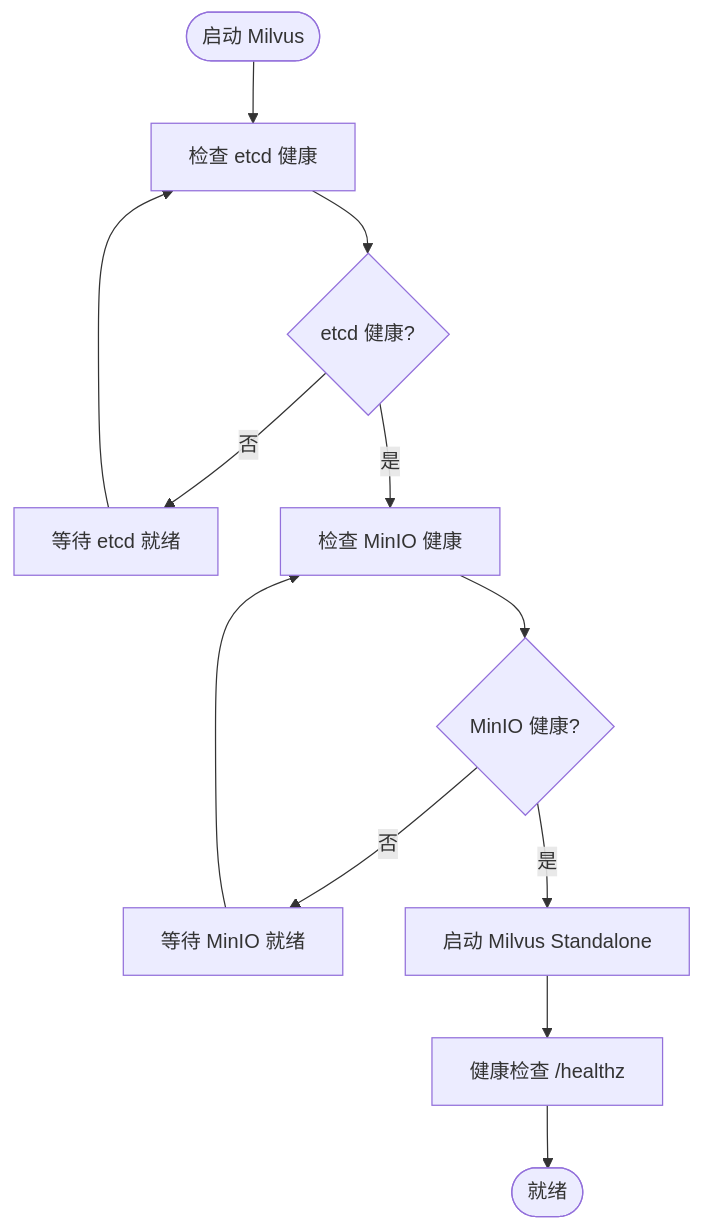
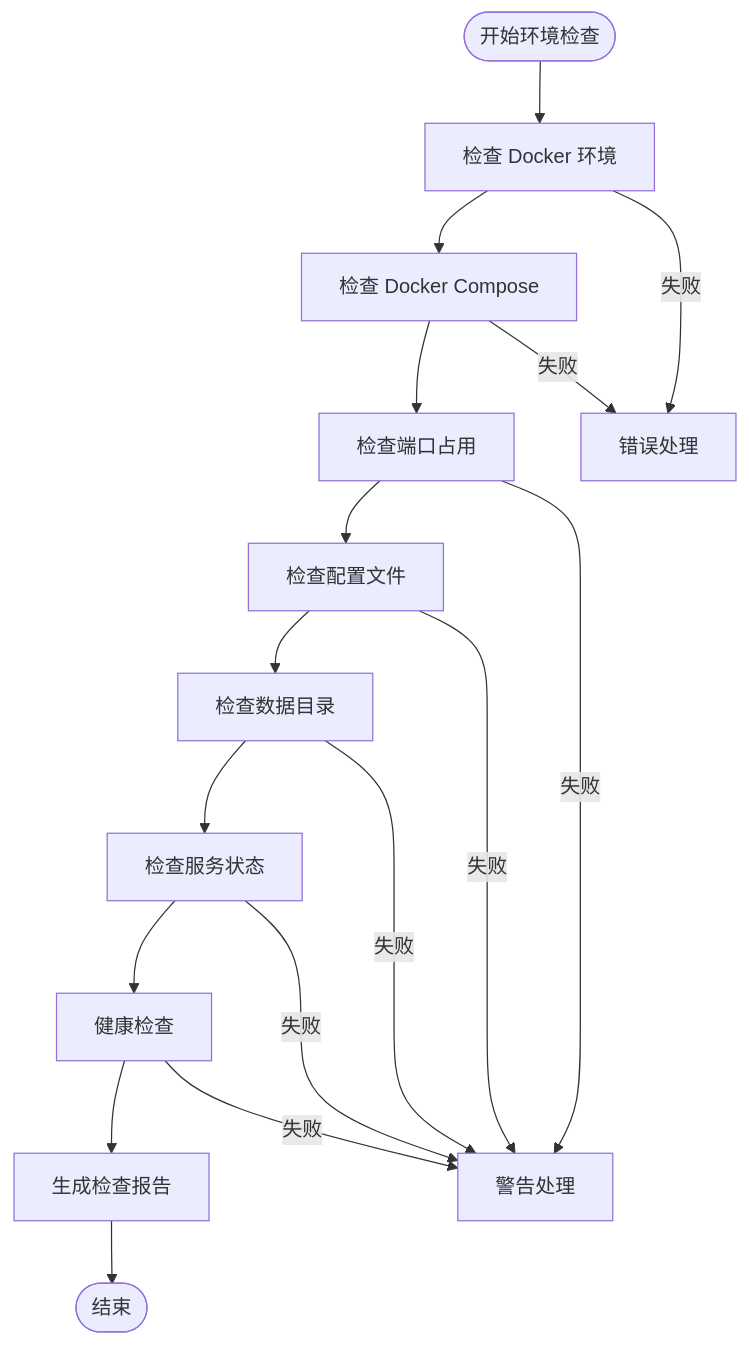
The third of 9 diagrams in .qoder/repowiki/zh/content/部署与运维/环境配置管理.md (lyyzzz6/AIops), drawn with Mermaid before and after one commit. The commit also changed other lines of this file and 371 other files, not shown here.

````diff
--- a/.qoder/repowiki/zh/content/部署与运维/环境配置管理.md
+++ b/.qoder/repowiki/zh/content/部署与运维/环境配置管理.md
@@ -127,14 +147,19 @@
 ```mermaid
 flowchart TD
-Start(["启动 Milvus"]) --> CheckEtcd["检查 etcd 健康"]
-CheckEtcd --> EtcdOK{"etcd 健康?"}
-EtcdOK --> |否| WaitEtcd["等待 etcd 就绪"]
-WaitEtcd --> CheckEtcd
-EtcdOK --> |是| CheckMinIO["检查 MinIO 健康"]
-CheckMinIO --> MinIOOK{"MinIO 健康?"}
-MinIOOK --> |否| WaitMinIO["等待 MinIO 就绪"]
-WaitMinIO --> CheckMinIO
-MinIOOK --> |是| StartMilvus["启动 Milvus Standalone"]
-StartMilvus --> Health["健康检查 /healthz"]
-Health --> Done(["就绪"])
+Start([开始环境检查]) --> CheckDocker["检查 Docker 环境"]
+CheckDocker --> CheckCompose["检查 Docker Compose"]
+CheckCompose --> CheckPorts["检查端口占用"]
+CheckPorts --> CheckFiles["检查配置文件"]
+CheckFiles --> CheckDirs["检查数据目录"]
+CheckDirs --> CheckServices["检查服务状态"]
+CheckServices --> HealthCheck["健康检查"]
+HealthCheck --> Summary["生成检查报告"]
+Summary --> End([结束])
+CheckDocker --> |失败| Error[错误处理]
+CheckCompose --> |失败| Error
+CheckPorts --> |失败| Warning[警告处理]
+CheckFiles --> |失败| Warning
+CheckDirs --> |失败| Warning
+CheckServices --> |失败| Warning
+HealthCheck --> |失败| Warning
 ```
````
